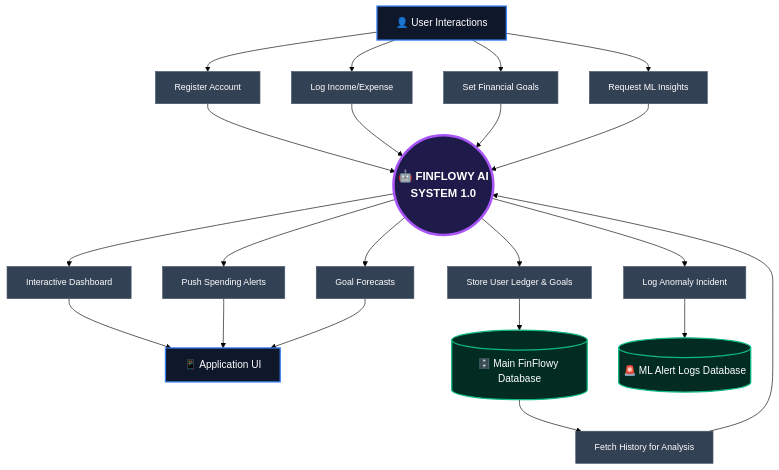
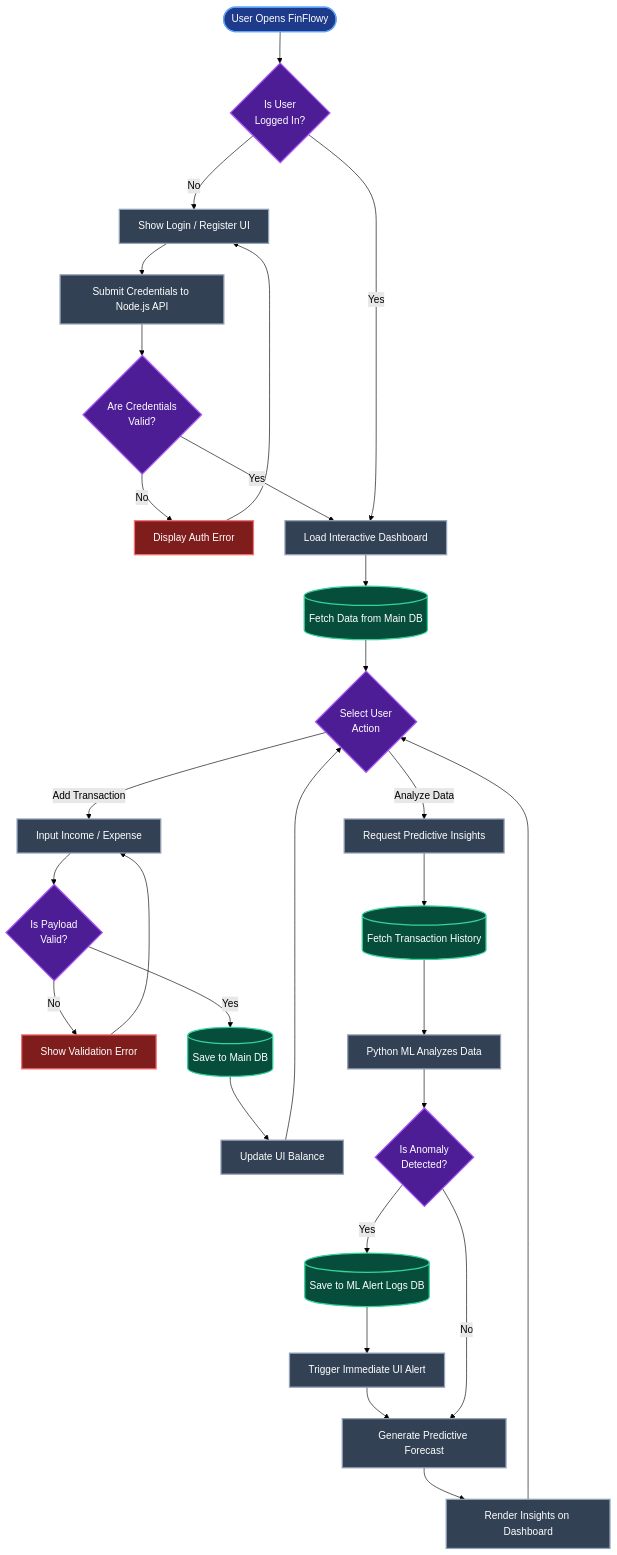
Before and after one commit to shreyas-bhandari/Finflowy: the third of 3 diagrams in README.md, drawn with Mermaid (forest theme).

Commit message:
docs: replace CFD with detailed conditional flowchart

````diff
--- a/README.md
+++ b/README.md
@@ -194,49 +194,85 @@
 ```mermaid
 flowchart TD
-    %% Premium Styling for Presentation
-    classDef central fill:#1e1b4b,stroke:#a855f7,stroke-width:4px,color:#fff,font-size:18px,font-weight:bold
-    classDef entity fill:#0f172a,stroke:#3b82f6,stroke-width:2px,color:#fff,font-size:16px
-    classDef dbbox fill:#022c22,stroke:#10b981,stroke-width:2px,color:#fff,font-size:16px
-    classDef action fill:#334155,stroke:#475569,stroke-width:1px,color:#fff,font-size:14px
+    %% Styling
+    classDef startend fill:#1e3a8a,stroke:#60a5fa,stroke-width:2px,color:#fff
+    classDef process fill:#334155,stroke:#94a3b8,stroke-width:2px,color:#fff
+    classDef decision fill:#4c1d95,stroke:#a855f7,stroke-width:2px,color:#fff
+    classDef database fill:#064e3b,stroke:#34d399,stroke-width:2px,color:#fff
+    classDef error fill:#7f1d1d,stroke:#f87171,stroke-width:2px,color:#fff
     
-    %% Central Hub
-    SYS(("🤖 FINFLOWY AI<br/>SYSTEM 1.0")):::central
+    %% Start
+    START([User Opens FinFlowy]):::startend
     
-    %% External Entities (Top layer)
-    USER_IN["👤 User Interactions"]:::entity
-    USER_OUT["📱 Application UI"]:::entity
+    %% Auth Flow
+    D1{Is User<br/>Logged In?}:::decision
+    P1[Show Login / Register UI]:::process
+    P2[Submit Credentials to Node.js API]:::process
+    D2{Are Credentials<br/>Valid?}:::decision
+    E1[Display Auth Error]:::error
     
-    %% Intermediate Action Nodes (To force beautiful sprawling layout)
-    IN1[Register Account]:::action
-    IN2[Log Income/Expense]:::action
-    IN3[Set Financial Goals]:::action
-    IN4[Request ML Insights]:::action
+    %% Dashboard
+    P3[Load Interactive Dashboard]:::process
+    P4[(Fetch Data from Main DB)]:::database
     
-    OUT1[Interactive Dashboard]:::action
-    OUT2[Push Spending Alerts]:::action
-    OUT3[Goal Forecasts]:::action
+    %% User Actions
+    D3{Select User<br/>Action}:::decision
     
-    DB_A1[Store User Ledger & Goals]:::action
-    DB_A2[Fetch History for Analysis]:::action
-    DB_A3[Log Anomaly Incident]:::action
+    %% Action: Add Transaction
+    P5[Input Income / Expense]:::process
+    D4{Is Payload<br/>Valid?}:::decision
+    E2[Show Validation Error]:::error
+    P6[(Save to Main DB)]:::database
+    P7[Update UI Balance]:::process
     
-    %% Databases (Bottom layer)
-    DB_MAIN[("🗄️ Main FinFlowy Database")]:::dbbox
-    DB_ML[("🚨 ML Alert Logs Database")]:::dbbox
-
-    %% Build the Sprawling Star Flow
-    USER_IN --> IN1 & IN2 & IN3 & IN4
-    IN1 & IN2 & IN3 & IN4 --> SYS
+    %% Action: ML Insights
+    P8[Request Predictive Insights]:::process
+    P9[(Fetch Transaction History)]:::database
+    P10[Python ML Analyzes Data]:::process
+    D5{Is Anomaly<br/>Detected?}:::decision
+    P11[(Save to ML Alert Logs DB)]:::database
+    P12[Trigger Immediate UI Alert]:::process
+    P13[Generate Predictive Forecast]:::process
+    P14[Render Insights on Dashboard]:::process
     
-    SYS --> OUT1 & OUT2 & OUT3
-    OUT1 & OUT2 & OUT3 --> USER_OUT
+    %% --- Logical Flow Paths ---
     
-    SYS --> DB_A1
-    DB_A1 --> DB_MAIN
+    START --> D1
     
-    DB_MAIN --> DB_A2
-    DB_A2 --> SYS
+    %% If not logged in
+    D1 -- No --> P1
+    P1 --> P2
+    P2 --> D2
+    D2 -- No --> E1
+    E1 --> P1
     
-    SYS --> DB_A3
-    DB_A3 --> DB_ML
+    %% If logged in successfully
+    D2 -- Yes --> P3
+    D1 -- Yes --> P3
+    P3 --> P4
+    P4 --> D3
+    
+    %% If User adds transaction
+    D3 -- "Add Transaction" --> P5
+    P5 --> D4
+    D4 -- No --> E2
+    E2 --> P5
+    D4 -- Yes --> P6
+    P6 --> P7
+    P7 --> D3
+    
+    %% If User requests ML Insights
+    D3 -- "Analyze Data" --> P8
+    P8 --> P9
+    P9 --> P10
+    P10 --> D5
+    
+    %% If ML detects an issue
+    D5 -- Yes --> P11
+    P11 --> P12
+    P12 --> P13
+    
+    %% If ML detects nothing unusual
+    D5 -- No --> P13
+    P13 --> P14
+    P14 --> D3
 ```
````
